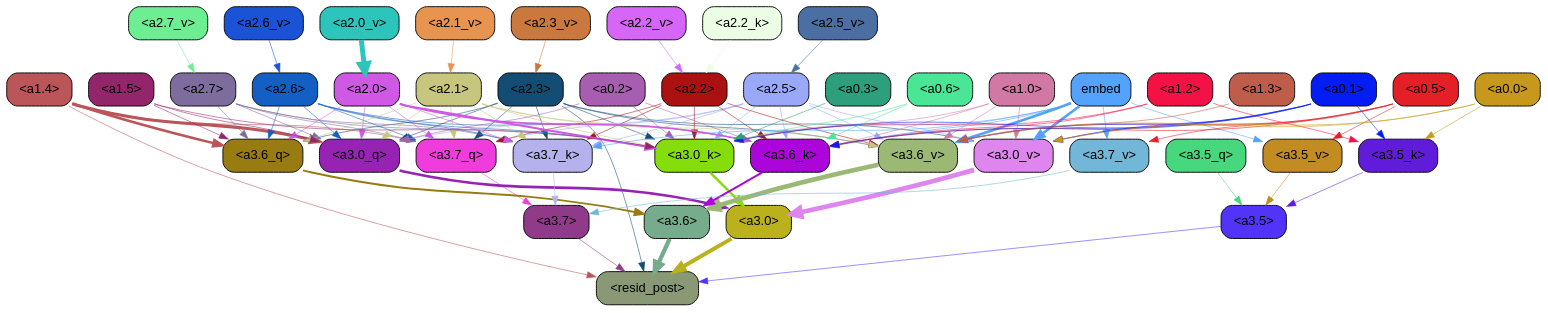
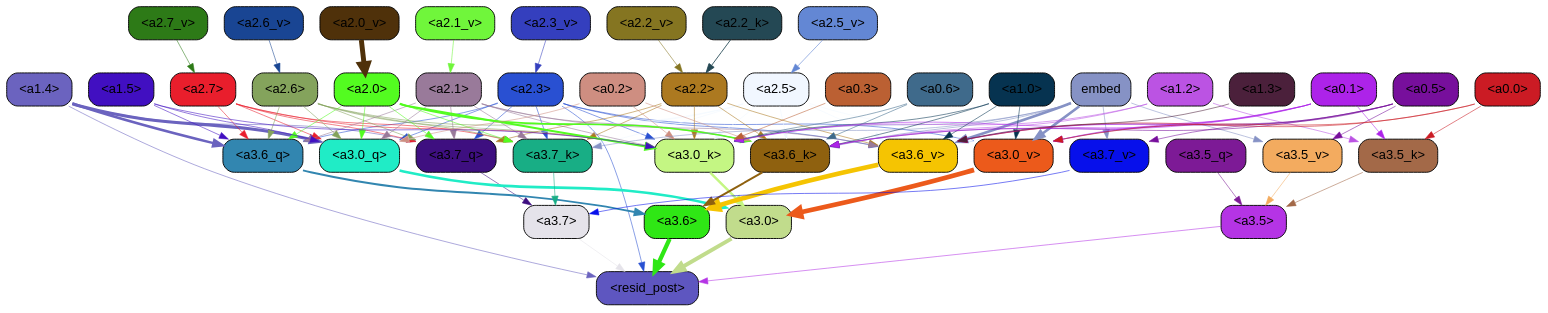
Before and after one commit to Aaquib111/edge-attribution-patching: the diagram in docstring_task/ims/abs_value/thresh0.02_img_48.gv, drawn with Graphviz. The commit also changed 5412 other files, not shown here.

```diff
--- a/docstring_task/ims/abs_value/thresh0.02_img_48.gv
+++ b/docstring_task/ims/abs_value/thresh0.02_img_48.gv
@@ -5,441 +5,441 @@
 		splines=true
 	];
 	"<a3.7>"	[color=black,
-		fillcolor="#913a8a",
+		fillcolor="#e5e3ea",
 		fontname=Helvetica,
 		shape=box,
 		style="filled, rounded"];
 	"<resid_post>"	[color=black,
-		fillcolor="#899976",
+		fillcolor="#5e56c0",
 		fontname=Helvetica,
 		shape=box,
 		style="filled, rounded"];
-	"<a3.7>" -> "<resid_post>"	[color="#913a8a",
+	"<a3.7>" -> "<resid_post>"	[color="#e5e3ea",
 		penwidth=0.6];
 	"<a3.6>"	[color=black,
-		fillcolor="#76ab8b",
+		fillcolor="#2fe715",
 		fontname=Helvetica,
 		shape=box,
 		style="filled, rounded"];
-	"<a3.6>" -> "<resid_post>"	[color="#76ab8b",
+	"<a3.6>" -> "<resid_post>"	[color="#2fe715",
 		penwidth=4.646730065345764];
 	"<a3.5>"	[color=black,
-		fillcolor="#5133fa",
+		fillcolor="#b534e5",
 		fontname=Helvetica,
 		shape=box,
 		style="filled, rounded"];
-	"<a3.5>" -> "<resid_post>"	[color="#5133fa",
+	"<a3.5>" -> "<resid_post>"	[color="#b534e5",
 		penwidth=0.6];
 	"<a3.0>"	[color=black,
-		fillcolor="#bab11d",
+		fillcolor="#c1dc8c",
 		fontname=Helvetica,
 		shape=box,
 		style="filled, rounded"];
-	"<a3.0>" -> "<resid_post>"	[color="#bab11d",
+	"<a3.0>" -> "<resid_post>"	[color="#c1dc8c",
 		penwidth=4.323132634162903];
 	"<a2.3>"	[color=black,
-		fillcolor="#144d74",
+		fillcolor="#2950d2",
 		fontname=Helvetica,
 		shape=box,
 		style="filled, rounded"];
-	"<a2.3>" -> "<resid_post>"	[color="#144d74",
+	"<a2.3>" -> "<resid_post>"	[color="#2950d2",
 		penwidth=0.6];
 	"<a3.7_q>"	[color=black,
-		fillcolor="#f03cdc",
+		fillcolor="#3e0f80",
 		fontname=Helvetica,
 		shape=box,
 		style="filled, rounded"];
-	"<a2.3>" -> "<a3.7_q>"	[color="#144d74",
+	"<a2.3>" -> "<a3.7_q>"	[color="#2950d2",
 		penwidth=0.6];
 	"<a3.6_q>"	[color=black,
-		fillcolor="#997c11",
+		fillcolor="#3286b0",
 		fontname=Helvetica,
 		shape=box,
 		style="filled, rounded"];
-	"<a2.3>" -> "<a3.6_q>"	[color="#144d74",
+	"<a2.3>" -> "<a3.6_q>"	[color="#2950d2",
 		penwidth=0.6];
 	"<a3.0_q>"	[color=black,
-		fillcolor="#9723b4",
+		fillcolor="#20ecc6",
 		fontname=Helvetica,
 		shape=box,
 		style="filled, rounded"];
-	"<a2.3>" -> "<a3.0_q>"	[color="#144d74",
+	"<a2.3>" -> "<a3.0_q>"	[color="#2950d2",
 		penwidth=0.6];
 	"<a3.7_k>"	[color=black,
-		fillcolor="#b5b1ec",
+		fillcolor="#18ae85",
 		fontname=Helvetica,
 		shape=box,
 		style="filled, rounded"];
-	"<a2.3>" -> "<a3.7_k>"	[color="#144d74",
+	"<a2.3>" -> "<a3.7_k>"	[color="#2950d2",
 		penwidth=0.6];
 	"<a3.0_k>"	[color=black,
-		fillcolor="#85de09",
+		fillcolor="#c4f683",
 		fontname=Helvetica,
 		shape=box,
 		style="filled, rounded"];
-	"<a2.3>" -> "<a3.0_k>"	[color="#144d74",
+	"<a2.3>" -> "<a3.0_k>"	[color="#2950d2",
 		penwidth=0.6];
 	"<a3.6_v>"	[color=black,
-		fillcolor="#9bb875",
+		fillcolor="#f5c402",
 		fontname=Helvetica,
 		shape=box,
 		style="filled, rounded"];
-	"<a2.3>" -> "<a3.6_v>"	[color="#144d74",
+	"<a2.3>" -> "<a3.6_v>"	[color="#2950d2",
 		penwidth=0.6];
 	"<a3.0_v>"	[color=black,
-		fillcolor="#de86ee",
+		fillcolor="#ec5a1b",
 		fontname=Helvetica,
 		shape=box,
 		style="filled, rounded"];
-	"<a2.3>" -> "<a3.0_v>"	[color="#144d74",
+	"<a2.3>" -> "<a3.0_v>"	[color="#2950d2",
 		penwidth=0.6];
 	"<a1.4>"	[color=black,
-		fillcolor="#ba555a",
+		fillcolor="#6b63bf",
 		fontname=Helvetica,
 		shape=box,
 		style="filled, rounded"];
-	"<a1.4>" -> "<resid_post>"	[color="#ba555a",
+	"<a1.4>" -> "<resid_post>"	[color="#6b63bf",
 		penwidth=0.6];
-	"<a1.4>" -> "<a3.7_q>"	[color="#ba555a",
+	"<a1.4>" -> "<a3.7_q>"	[color="#6b63bf",
 		penwidth=0.6];
-	"<a1.4>" -> "<a3.6_q>"	[color="#ba555a",
+	"<a1.4>" -> "<a3.6_q>"	[color="#6b63bf",
 		penwidth=2.700703263282776];
-	"<a1.4>" -> "<a3.0_q>"	[color="#ba555a",
+	"<a1.4>" -> "<a3.0_q>"	[color="#6b63bf",
 		penwidth=3.34255850315094];
-	"<a3.7_q>" -> "<a3.7>"	[color="#f03cdc",
+	"<a3.7_q>" -> "<a3.7>"	[color="#3e0f80",
 		penwidth=0.6];
-	"<a3.6_q>" -> "<a3.6>"	[color="#997c11",
+	"<a3.6_q>" -> "<a3.6>"	[color="#3286b0",
 		penwidth=2.03758105635643];
 	"<a3.5_q>"	[color=black,
-		fillcolor="#47d77c",
+		fillcolor="#7d1a96",
 		fontname=Helvetica,
 		shape=box,
 		style="filled, rounded"];
-	"<a3.5_q>" -> "<a3.5>"	[color="#47d77c",
+	"<a3.5_q>" -> "<a3.5>"	[color="#7d1a96",
 		penwidth=0.6];
-	"<a3.0_q>" -> "<a3.0>"	[color="#9723b4",
+	"<a3.0_q>" -> "<a3.0>"	[color="#20ecc6",
 		penwidth=2.8638100624084473];
-	"<a3.7_k>" -> "<a3.7>"	[color="#b5b1ec",
+	"<a3.7_k>" -> "<a3.7>"	[color="#18ae85",
 		penwidth=0.6];
 	"<a3.6_k>"	[color=black,
-		fillcolor="#ab05dc",
+		fillcolor="#8f610f",
 		fontname=Helvetica,
 		shape=box,
 		style="filled, rounded"];
-	"<a3.6_k>" -> "<a3.6>"	[color="#ab05dc",
+	"<a3.6_k>" -> "<a3.6>"	[color="#8f610f",
 		penwidth=2.174198240041733];
 	"<a3.5_k>"	[color=black,
-		fillcolor="#611cdb",
+		fillcolor="#a36948",
 		fontname=Helvetica,
 		shape=box,
 		style="filled, rounded"];
-	"<a3.5_k>" -> "<a3.5>"	[color="#611cdb",
+	"<a3.5_k>" -> "<a3.5>"	[color="#a36948",
 		penwidth=0.6];
-	"<a3.0_k>" -> "<a3.0>"	[color="#85de09",
+	"<a3.0_k>" -> "<a3.0>"	[color="#c4f683",
 		penwidth=2.6274144649505615];
 	"<a3.7_v>"	[color=black,
-		fillcolor="#72b7d8",
+		fillcolor="#0710eb",
 		fontname=Helvetica,
 		shape=box,
 		style="filled, rounded"];
-	"<a3.7_v>" -> "<a3.7>"	[color="#72b7d8",
+	"<a3.7_v>" -> "<a3.7>"	[color="#0710eb",
 		penwidth=0.6];
-	"<a3.6_v>" -> "<a3.6>"	[color="#9bb875",
+	"<a3.6_v>" -> "<a3.6>"	[color="#f5c402",
 		penwidth=5.002329230308533];
 	"<a3.5_v>"	[color=black,
-		fillcolor="#c28c23",
+		fillcolor="#f3ab5f",
 		fontname=Helvetica,
 		shape=box,
 		style="filled, rounded"];
-	"<a3.5_v>" -> "<a3.5>"	[color="#c28c23",
+	"<a3.5_v>" -> "<a3.5>"	[color="#f3ab5f",
 		penwidth=0.6];
-	"<a3.0_v>" -> "<a3.0>"	[color="#de86ee",
+	"<a3.0_v>" -> "<a3.0>"	[color="#ec5a1b",
 		penwidth=5.188832879066467];
 	"<a2.7>"	[color=black,
-		fillcolor="#7d6d9f",
+		fillcolor="#e91e2c",
 		fontname=Helvetica,
 		shape=box,
 		style="filled, rounded"];
-	"<a2.7>" -> "<a3.7_q>"	[color="#7d6d9f",
+	"<a2.7>" -> "<a3.7_q>"	[color="#e91e2c",
 		penwidth=0.6];
-	"<a2.7>" -> "<a3.6_q>"	[color="#7d6d9f",
+	"<a2.7>" -> "<a3.6_q>"	[color="#e91e2c",
 		penwidth=0.6];
-	"<a2.7>" -> "<a3.0_q>"	[color="#7d6d9f",
+	"<a2.7>" -> "<a3.0_q>"	[color="#e91e2c",
 		penwidth=0.6];
-	"<a2.7>" -> "<a3.7_k>"	[color="#7d6d9f",
+	"<a2.7>" -> "<a3.7_k>"	[color="#e91e2c",
 		penwidth=0.6];
-	"<a2.7>" -> "<a3.0_k>"	[color="#7d6d9f",
+	"<a2.7>" -> "<a3.0_k>"	[color="#e91e2c",
 		penwidth=0.6];
 	"<a2.6>"	[color=black,
-		fillcolor="#135fc4",
+		fillcolor="#84a35c",
 		fontname=Helvetica,
 		shape=box,
 		style="filled, rounded"];
-	"<a2.6>" -> "<a3.7_q>"	[color="#135fc4",
+	"<a2.6>" -> "<a3.7_q>"	[color="#84a35c",
 		penwidth=0.6];
-	"<a2.6>" -> "<a3.6_q>"	[color="#135fc4",
+	"<a2.6>" -> "<a3.6_q>"	[color="#84a35c",
 		penwidth=0.6];
-	"<a2.6>" -> "<a3.0_q>"	[color="#135fc4",
+	"<a2.6>" -> "<a3.0_q>"	[color="#84a35c",
 		penwidth=0.6];
-	"<a2.6>" -> "<a3.7_k>"	[color="#135fc4",
+	"<a2.6>" -> "<a3.7_k>"	[color="#84a35c",
 		penwidth=0.6];
-	"<a2.6>" -> "<a3.6_k>"	[color="#135fc4",
+	"<a2.6>" -> "<a3.6_k>"	[color="#84a35c",
 		penwidth=0.6];
-	"<a2.6>" -> "<a3.0_k>"	[color="#135fc4",
+	"<a2.6>" -> "<a3.0_k>"	[color="#84a35c",
 		penwidth=0.6];
 	"<a2.5>"	[color=black,
-		fillcolor="#99a9f8",
+		fillcolor="#f1f7ff",
 		fontname=Helvetica,
 		shape=box,
 		style="filled, rounded"];
-	"<a2.5>" -> "<a3.7_q>"	[color="#99a9f8",
+	"<a2.5>" -> "<a3.7_q>"	[color="#f1f7ff",
 		penwidth=0.6];
-	"<a2.5>" -> "<a3.0_q>"	[color="#99a9f8",
+	"<a2.5>" -> "<a3.0_q>"	[color="#f1f7ff",
 		penwidth=0.6];
-	"<a2.5>" -> "<a3.7_k>"	[color="#99a9f8",
+	"<a2.5>" -> "<a3.7_k>"	[color="#f1f7ff",
 		penwidth=0.6];
-	"<a2.5>" -> "<a3.6_k>"	[color="#99a9f8",
+	"<a2.5>" -> "<a3.6_k>"	[color="#f1f7ff",
 		penwidth=0.6];
-	"<a2.5>" -> "<a3.0_k>"	[color="#99a9f8",
+	"<a2.5>" -> "<a3.0_k>"	[color="#f1f7ff",
 		penwidth=0.6];
-	"<a2.5>" -> "<a3.6_v>"	[color="#99a9f8",
+	"<a2.5>" -> "<a3.6_v>"	[color="#f1f7ff",
 		penwidth=0.6];
-	"<a2.5>" -> "<a3.0_v>"	[color="#99a9f8",
+	"<a2.5>" -> "<a3.0_v>"	[color="#f1f7ff",
 		penwidth=0.6];
 	"<a2.2>"	[color=black,
-		fillcolor="#aa1110",
+		fillcolor="#ac7920",
 		fontname=Helvetica,
 		shape=box,
 		style="filled, rounded"];
-	"<a2.2>" -> "<a3.7_q>"	[color="#aa1110",
+	"<a2.2>" -> "<a3.7_q>"	[color="#ac7920",
 		penwidth=0.6];
-	"<a2.2>" -> "<a3.7_k>"	[color="#aa1110",
+	"<a2.2>" -> "<a3.7_k>"	[color="#ac7920",
 		penwidth=0.6];
-	"<a2.2>" -> "<a3.6_k>"	[color="#aa1110",
+	"<a2.2>" -> "<a3.6_k>"	[color="#ac7920",
 		penwidth=0.6];
-	"<a2.2>" -> "<a3.0_k>"	[color="#aa1110",
+	"<a2.2>" -> "<a3.0_k>"	[color="#ac7920",
 		penwidth=0.6];
-	"<a2.2>" -> "<a3.6_v>"	[color="#aa1110",
+	"<a2.2>" -> "<a3.6_v>"	[color="#ac7920",
 		penwidth=0.6];
 	"<a2.1>"	[color=black,
-		fillcolor="#c6c67f",
+		fillcolor="#997a9a",
 		fontname=Helvetica,
 		shape=box,
 		style="filled, rounded"];
-	"<a2.1>" -> "<a3.7_q>"	[color="#c6c67f",
+	"<a2.1>" -> "<a3.7_q>"	[color="#997a9a",
 		penwidth=0.6];
-	"<a2.1>" -> "<a3.6_q>"	[color="#c6c67f",
+	"<a2.1>" -> "<a3.6_q>"	[color="#997a9a",
 		penwidth=0.6];
-	"<a2.1>" -> "<a3.0_q>"	[color="#c6c67f",
+	"<a2.1>" -> "<a3.0_q>"	[color="#997a9a",
 		penwidth=0.6];
-	"<a2.1>" -> "<a3.7_k>"	[color="#c6c67f",
+	"<a2.1>" -> "<a3.7_k>"	[color="#997a9a",
 		penwidth=0.6];
-	"<a2.1>" -> "<a3.6_k>"	[color="#c6c67f",
+	"<a2.1>" -> "<a3.6_k>"	[color="#997a9a",
 		penwidth=0.6];
-	"<a2.1>" -> "<a3.0_k>"	[color="#c6c67f",
+	"<a2.1>" -> "<a3.0_k>"	[color="#997a9a",
 		penwidth=0.6];
-	"<a2.1>" -> "<a3.6_v>"	[color="#c6c67f",
+	"<a2.1>" -> "<a3.6_v>"	[color="#997a9a",
 		penwidth=0.6];
 	"<a2.0>"	[color=black,
-		fillcolor="#cf59e4",
+		fillcolor="#53fc20",
 		fontname=Helvetica,
 		shape=box,
 		style="filled, rounded"];
-	"<a2.0>" -> "<a3.7_q>"	[color="#cf59e4",
+	"<a2.0>" -> "<a3.7_q>"	[color="#53fc20",
 		penwidth=0.6];
-	"<a2.0>" -> "<a3.6_q>"	[color="#cf59e4",
+	"<a2.0>" -> "<a3.6_q>"	[color="#53fc20",
 		penwidth=0.6];
-	"<a2.0>" -> "<a3.0_q>"	[color="#cf59e4",
+	"<a2.0>" -> "<a3.0_q>"	[color="#53fc20",
 		penwidth=0.6];
-	"<a2.0>" -> "<a3.7_k>"	[color="#cf59e4",
+	"<a2.0>" -> "<a3.7_k>"	[color="#53fc20",
 		penwidth=0.6];
-	"<a2.0>" -> "<a3.6_k>"	[color="#cf59e4",
+	"<a2.0>" -> "<a3.6_k>"	[color="#53fc20",
 		penwidth=1.6454488784074783];
-	"<a2.0>" -> "<a3.0_k>"	[color="#cf59e4",
+	"<a2.0>" -> "<a3.0_k>"	[color="#53fc20",
 		penwidth=2.2218968719244003];
 	"<a1.5>"	[color=black,
-		fillcolor="#93256b",
+		fillcolor="#410fc1",
 		fontname=Helvetica,
 		shape=box,
 		style="filled, rounded"];
-	"<a1.5>" -> "<a3.6_q>"	[color="#93256b",
+	"<a1.5>" -> "<a3.6_q>"	[color="#410fc1",
 		penwidth=0.6];
-	"<a1.5>" -> "<a3.0_q>"	[color="#93256b",
+	"<a1.5>" -> "<a3.0_q>"	[color="#410fc1",
 		penwidth=0.6];
-	"<a1.5>" -> "<a3.0_k>"	[color="#93256b",
+	"<a1.5>" -> "<a3.0_k>"	[color="#410fc1",
 		penwidth=0.6];
 	"<a0.2>"	[color=black,
-		fillcolor="#a75eb0",
+		fillcolor="#ce8e81",
 		fontname=Helvetica,
 		shape=box,
 		style="filled, rounded"];
-	"<a0.2>" -> "<a3.0_q>"	[color="#a75eb0",
+	"<a0.2>" -> "<a3.0_q>"	[color="#ce8e81",
 		penwidth=0.6];
-	"<a0.2>" -> "<a3.6_k>"	[color="#a75eb0",
+	"<a0.2>" -> "<a3.6_k>"	[color="#ce8e81",
 		penwidth=0.6];
-	"<a0.2>" -> "<a3.0_k>"	[color="#a75eb0",
+	"<a0.2>" -> "<a3.0_k>"	[color="#ce8e81",
 		penwidth=0.6];
 	embed	[color=black,
-		fillcolor="#53a2fb",
+		fillcolor="#8692c5",
 		fontname=Helvetica,
 		shape=box,
 		style="filled, rounded"];
-	embed -> "<a3.7_k>"	[color="#53a2fb",
+	embed -> "<a3.7_k>"	[color="#8692c5",
 		penwidth=0.6];
-	embed -> "<a3.6_k>"	[color="#53a2fb",
+	embed -> "<a3.6_k>"	[color="#8692c5",
 		penwidth=0.6];
-	embed -> "<a3.0_k>"	[color="#53a2fb",
+	embed -> "<a3.0_k>"	[color="#8692c5",
 		penwidth=0.6];
-	embed -> "<a3.7_v>"	[color="#53a2fb",
+	embed -> "<a3.7_v>"	[color="#8692c5",
 		penwidth=0.6];
-	embed -> "<a3.6_v>"	[color="#53a2fb",
+	embed -> "<a3.6_v>"	[color="#8692c5",
 		penwidth=2.8301228284835815];
-	embed -> "<a3.5_v>"	[color="#53a2fb",
+	embed -> "<a3.5_v>"	[color="#8692c5",
 		penwidth=0.6];
-	embed -> "<a3.0_v>"	[color="#53a2fb",
+	embed -> "<a3.0_v>"	[color="#8692c5",
 		penwidth=2.7660785913467407];
 	"<a1.2>"	[color=black,
-		fillcolor="#f41145",
+		fillcolor="#bb53e3",
 		fontname=Helvetica,
 		shape=box,
 		style="filled, rounded"];
-	"<a1.2>" -> "<a3.6_k>"	[color="#f41145",
+	"<a1.2>" -> "<a3.6_k>"	[color="#bb53e3",
 		penwidth=0.6];
-	"<a1.2>" -> "<a3.5_k>"	[color="#f41145",
+	"<a1.2>" -> "<a3.5_k>"	[color="#bb53e3",
 		penwidth=0.6];
-	"<a1.2>" -> "<a3.0_k>"	[color="#f41145",
+	"<a1.2>" -> "<a3.0_k>"	[color="#bb53e3",
 		penwidth=0.6];
 	"<a1.0>"	[color=black,
-		fillcolor="#d178a5",
+		fillcolor="#063350",
 		fontname=Helvetica,
 		shape=box,
 		style="filled, rounded"];
-	"<a1.0>" -> "<a3.6_k>"	[color="#d178a5",
+	"<a1.0>" -> "<a3.6_k>"	[color="#063350",
 		penwidth=0.6];
-	"<a1.0>" -> "<a3.0_k>"	[color="#d178a5",
+	"<a1.0>" -> "<a3.0_k>"	[color="#063350",
 		penwidth=0.6];
-	"<a1.0>" -> "<a3.6_v>"	[color="#d178a5",
+	"<a1.0>" -> "<a3.6_v>"	[color="#063350",
 		penwidth=0.6];
-	"<a1.0>" -> "<a3.0_v>"	[color="#d178a5",
+	"<a1.0>" -> "<a3.0_v>"	[color="#063350",
 		penwidth=0.6];
 	"<a0.6>"	[color=black,
-		fillcolor="#49e795",
+		fillcolor="#3f6a8b",
 		fontname=Helvetica,
 		shape=box,
 		style="filled, rounded"];
-	"<a0.6>" -> "<a3.6_k>"	[color="#49e795",
+	"<a0.6>" -> "<a3.6_k>"	[color="#3f6a8b",
 		penwidth=0.6];
-	"<a0.6>" -> "<a3.0_k>"	[color="#49e795",
+	"<a0.6>" -> "<a3.0_k>"	[color="#3f6a8b",
 		penwidth=0.6];
 	"<a0.5>"	[color=black,
-		fillcolor="#e42026",
+		fillcolor="#770f9c",
 		fontname=Helvetica,
 		shape=box,
 		style="filled, rounded"];
-	"<a0.5>" -> "<a3.6_k>"	[color="#e42026",
+	"<a0.5>" -> "<a3.6_k>"	[color="#770f9c",
 		penwidth=0.6];
-	"<a0.5>" -> "<a3.7_v>"	[color="#e42026",
+	"<a0.5>" -> "<a3.7_v>"	[color="#770f9c",
 		penwidth=0.6];
-	"<a0.5>" -> "<a3.6_v>"	[color="#e42026",
+	"<a0.5>" -> "<a3.6_v>"	[color="#770f9c",
 		penwidth=0.6];
-	"<a0.5>" -> "<a3.5_v>"	[color="#e42026",
+	"<a0.5>" -> "<a3.5_v>"	[color="#770f9c",
 		penwidth=0.6];
-	"<a0.5>" -> "<a3.0_v>"	[color="#e42026",
+	"<a0.5>" -> "<a3.0_v>"	[color="#770f9c",
 		penwidth=0.6124261617660522];
 	"<a0.1>"	[color=black,
-		fillcolor="#041df5",
+		fillcolor="#ad23e9",
 		fontname=Helvetica,
 		shape=box,
 		style="filled, rounded"];
-	"<a0.1>" -> "<a3.6_k>"	[color="#041df5",
+	"<a0.1>" -> "<a3.6_k>"	[color="#ad23e9",
 		penwidth=0.6];
-	"<a0.1>" -> "<a3.5_k>"	[color="#041df5",
+	"<a0.1>" -> "<a3.5_k>"	[color="#ad23e9",
 		penwidth=0.6];
-	"<a0.1>" -> "<a3.0_k>"	[color="#041df5",
+	"<a0.1>" -> "<a3.0_k>"	[color="#ad23e9",
 		penwidth=0.6];
-	"<a0.1>" -> "<a3.6_v>"	[color="#041df5",
+	"<a0.1>" -> "<a3.6_v>"	[color="#ad23e9",
 		penwidth=0.6];
-	"<a0.1>" -> "<a3.0_v>"	[color="#041df5",
+	"<a0.1>" -> "<a3.0_v>"	[color="#ad23e9",
 		penwidth=0.6];
 	"<a0.0>"	[color=black,
-		fillcolor="#c6991d",
+		fillcolor="#cb1b24",
 		fontname=Helvetica,
 		shape=box,
 		style="filled, rounded"];
-	"<a0.0>" -> "<a3.5_k>"	[color="#c6991d",
+	"<a0.0>" -> "<a3.5_k>"	[color="#cb1b24",
 		penwidth=0.6];
-	"<a0.0>" -> "<a3.6_v>"	[color="#c6991d",
+	"<a0.0>" -> "<a3.6_v>"	[color="#cb1b24",
 		penwidth=0.6];
-	"<a0.0>" -> "<a3.0_v>"	[color="#c6991d",
+	"<a0.0>" -> "<a3.0_v>"	[color="#cb1b24",
 		penwidth=0.6];
 	"<a0.3>"	[color=black,
-		fillcolor="#2d9f7d",
+		fillcolor="#bb6033",
 		fontname=Helvetica,
 		shape=box,
 		style="filled, rounded"];
-	"<a0.3>" -> "<a3.0_k>"	[color="#2d9f7d",
+	"<a0.3>" -> "<a3.0_k>"	[color="#bb6033",
 		penwidth=0.6];
 	"<a1.3>"	[color=black,
-		fillcolor="#be5e4a",
+		fillcolor="#4b203b",
 		fontname=Helvetica,
 		shape=box,
 		style="filled, rounded"];
-	"<a1.3>" -> "<a3.6_v>"	[color="#be5e4a",
+	"<a1.3>" -> "<a3.6_v>"	[color="#4b203b",
 		penwidth=0.6];
 	"<a2.2_k>"	[color=black,
-		fillcolor="#ecfde6",
+		fillcolor="#244854",
 		fontname=Helvetica,
 		shape=box,
 		style="filled, rounded"];
-	"<a2.2_k>" -> "<a2.2>"	[color="#ecfde6",
+	"<a2.2_k>" -> "<a2.2>"	[color="#244854",
 		penwidth=0.9331893920898438];
 	"<a2.7_v>"	[color=black,
-		fillcolor="#6dee92",
+		fillcolor="#2d7a17",
 		fontname=Helvetica,
 		shape=box,
 		style="filled, rounded"];
-	"<a2.7_v>" -> "<a2.7>"	[color="#6dee92",
+	"<a2.7_v>" -> "<a2.7>"	[color="#2d7a17",
 		penwidth=0.6];
 	"<a2.6_v>"	[color=black,
-		fillcolor="#1b53d6",
+		fillcolor="#194593",
 		fontname=Helvetica,
 		shape=box,
 		style="filled, rounded"];
-	"<a2.6_v>" -> "<a2.6>"	[color="#1b53d6",
+	"<a2.6_v>" -> "<a2.6>"	[color="#194593",
 		penwidth=0.6];
 	"<a2.5_v>"	[color=black,
-		fillcolor="#4b6fa2",
+		fillcolor="#6387d4",
 		fontname=Helvetica,
 		shape=box,
 		style="filled, rounded"];
-	"<a2.5_v>" -> "<a2.5>"	[color="#4b6fa2",
+	"<a2.5_v>" -> "<a2.5>"	[color="#6387d4",
 		penwidth=0.6657319068908691];
 	"<a2.3_v>"	[color=black,
-		fillcolor="#ca783e",
+		fillcolor="#343fbe",
 		fontname=Helvetica,
 		shape=box,
 		style="filled, rounded"];
-	"<a2.3_v>" -> "<a2.3>"	[color="#ca783e",
+	"<a2.3_v>" -> "<a2.3>"	[color="#343fbe",
 		penwidth=0.6];
 	"<a2.2_v>"	[color=black,
-		fillcolor="#d566f8",
+		fillcolor="#857521",
 		fontname=Helvetica,
 		shape=box,
 		style="filled, rounded"];
-	"<a2.2_v>" -> "<a2.2>"	[color="#d566f8",
+	"<a2.2_v>" -> "<a2.2>"	[color="#857521",
 		penwidth=0.6];
 	"<a2.1_v>"	[color=black,
-		fillcolor="#e89451",
+		fillcolor="#70f63b",
 		fontname=Helvetica,
 		shape=box,
 		style="filled, rounded"];
-	"<a2.1_v>" -> "<a2.1>"	[color="#e89451",
+	"<a2.1_v>" -> "<a2.1>"	[color="#70f63b",
 		penwidth=0.6];
 	"<a2.0_v>"	[color=black,
-		fillcolor="#2cc4bb",
+		fillcolor="#4f310a",
 		fontname=Helvetica,
 		shape=box,
 		style="filled, rounded"];
-	"<a2.0_v>" -> "<a2.0>"	[color="#2cc4bb",
+	"<a2.0_v>" -> "<a2.0>"	[color="#4f310a",
 		penwidth=5.380099236965179];
 }
```
